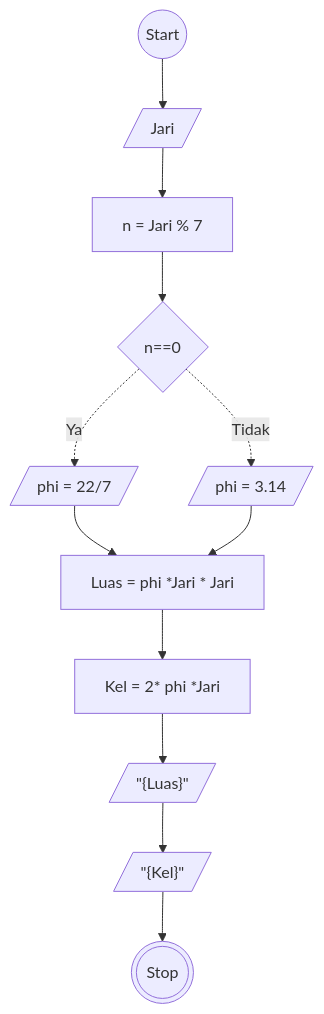
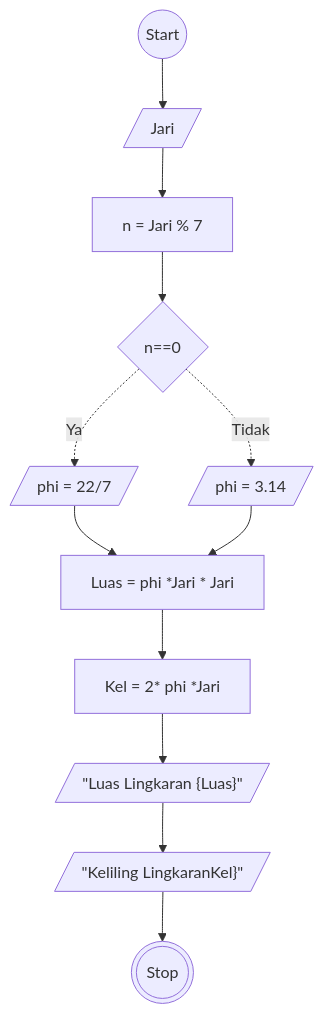
The diagram in luas&keliling.md (dimastadeoo/koda-b8-algoritma), drawn with Mermaid before and after one commit.

````diff
--- a/luas&keliling.md
+++ b/luas&keliling.md
@@ -18,25 +18,25 @@
 ```mermaid
 flowchart TD
     A@{ shape: circle, label: "Start" }
     
     B@{ shape: lean-r, label: "Jari" }
     G@{ shape: rect, label: "n = Jari % 7" }
 
     C@{ shape: diamond, label: "n==0" }
 
     D@{ shape: lean-r, label: "phi = 3.14" }
     E@{ shape: lean-r, label: "phi = 22/7" }
 
     F@{ shape: rect, label: "Luas = phi *Jari * Jari" }
     H@{ shape: rect, label: "Kel = 2* phi *Jari" }
 
-    I@{ shape: lean-r, label: "&quot;{Luas}&quot;" }
-    J@{ shape: lean-r, label: "&quot;{Kel}&quot;" }    
+    I@{ shape: lean-r, label: "&quot;Luas Lingkaran {Luas}&quot;" }
+    J@{ shape: lean-r, label: "&quot;Keliling LingkaranKel}&quot;" }    
 
     K@{ shape: dbl-circ, label: "Stop" }
 
     A --> B --> G --> C-. Ya .-> E --> F
     C-. Tidak .-> D --> F --> H --> I-->J-->K
 
 
 ```
````
